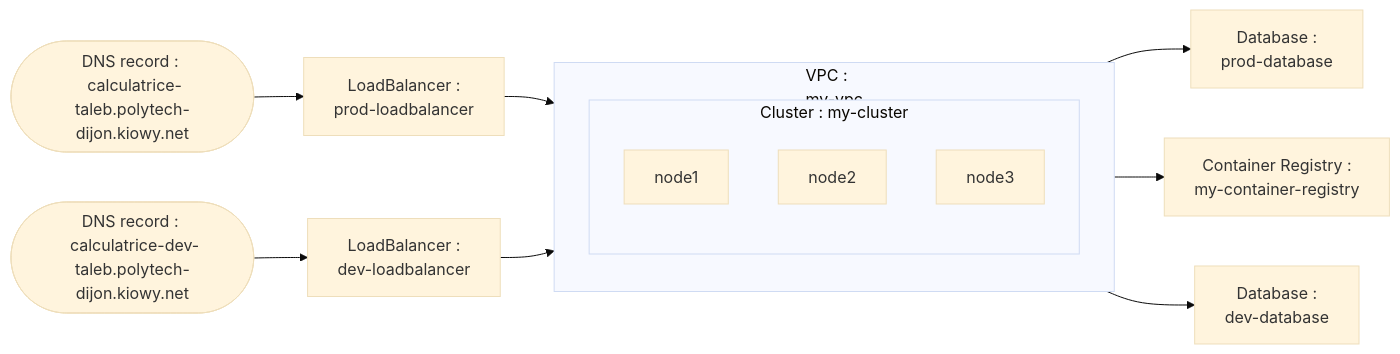
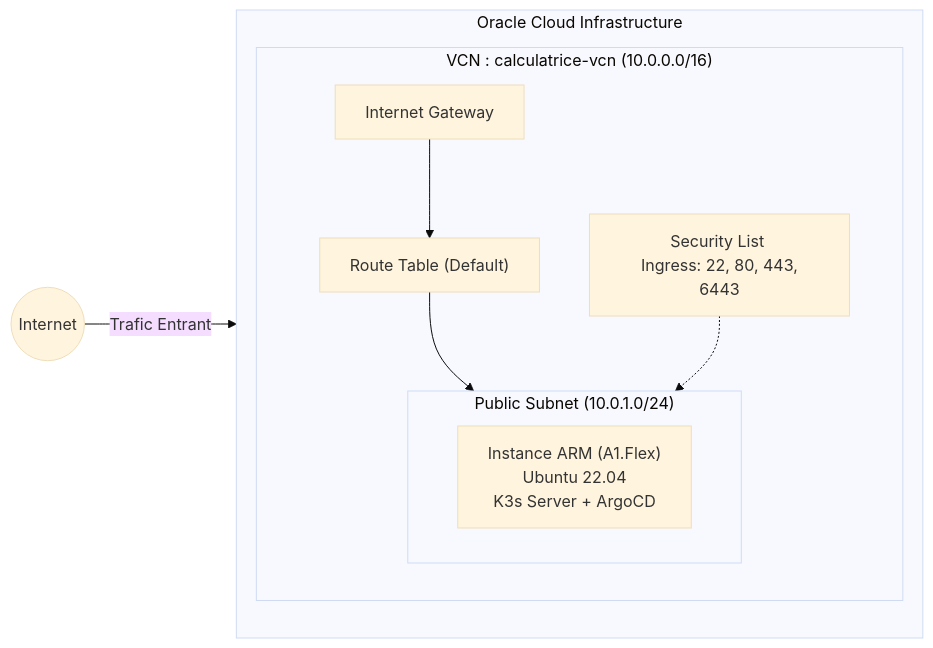
One commit to Noureddine-t/virtualisation-et-cloud-computing changed the first of 2 diagrams in Foundation/README.md. Above: the diagram before and after it, drawn with Mermaid (base theme). The commit also changed other lines of this file and 6 other files, not shown here.

````diff
--- a/Foundation/README.md
+++ b/Foundation/README.md
@@ -32,23 +51,23 @@
 ```mermaid
 graph LR
+    Internet((Internet)) -->|Trafic Entrant| igw
     
-    subgraph vpc ["VPC : <br> my-vpc"]
+    subgraph oci ["Oracle Cloud Infrastructure"]
         direction TB
-        k8s
+        
+        subgraph vcn ["VCN : calculatrice-vcn (10.0.0.0/16)"]
+            igw["Internet Gateway"]
+            rt["Route Table (Default)"]
+            sl["Security List <br> Ingress: 22, 80, 443, 6443"]
+            
+            igw --> rt
+            rt --> subnet
+            
+            subgraph subnet ["Public Subnet (10.0.1.0/24)"]
+                vm["Instance ARM (A1.Flex) <br> Ubuntu 22.04 <br> K3s Server + ArgoCD"]
+            end
+            
+            sl -.-> subnet
+        end
     end
-    
-    subgraph k8s ["Cluster : my-cluster"]
-        direction TB
-        node1
-        node2
-        node3
-    end
-    
-    lbA["LoadBalancer : <br> prod-loadbalancer"] --> k8s
-    lbB["LoadBalancer :<br> dev-loadbalancer"]  --> k8s
-    dns1(["DNS record : <br> calculatrice-dev-taleb.polytech-dijon.kiowy.net"]) --> lbB
-    dns2(["DNS record : <br> calculatrice-taleb.polytech-dijon.kiowy.net"]) --> lbA
-    k8s --> db1["Database : <br> prod-database"]
-    k8s --> reg["Container Registry : <br> my-container-registry"]
-    k8s --> db2["Database : <br> dev-database"]
 ```
````
